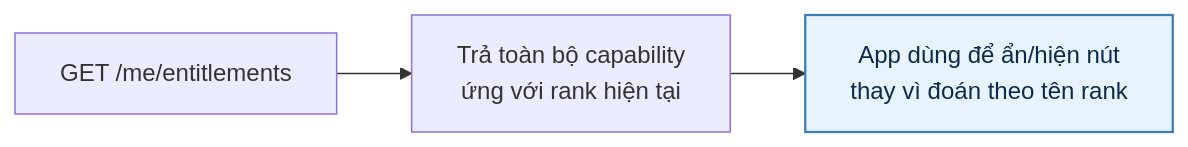
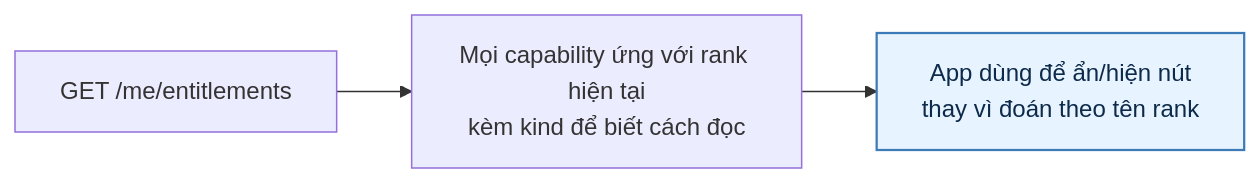
One commit to fdshn/trueheart changed the fifth of 5 diagrams in docs/diagram/24-entitlement.md. Above: the diagram before and after it, drawn with Mermaid. The commit also changed other lines of this file and 26 other files, not shown here.

First line of the commit message:
feat(entitlement): bộ đếm thật cho từng capability, chặn hạn mức tự mâu thuẫn, và đường đọc lịch sử

````diff
--- a/docs/diagram/24-entitlement.md
+++ b/docs/diagram/24-entitlement.md
@@ -94,7 +165,7 @@
 ```mermaid
 flowchart LR
-    A["GET /me/entitlements"] --> B["Trả toàn bộ capability<br/>ứng với rank hiện tại"]
+    A["GET /me/entitlements"] --> B["Mọi capability ứng với rank hiện tại<br/>kèm kind để biết cách đọc"]
     B --> C["App dùng để ẩn/hiện nút<br/>thay vì đoán theo tên rank"]
 
     style C fill:#e7f3ff,stroke:#3d7ab8,stroke-width:1.5px,color:#0d2a4a
 ```
````
